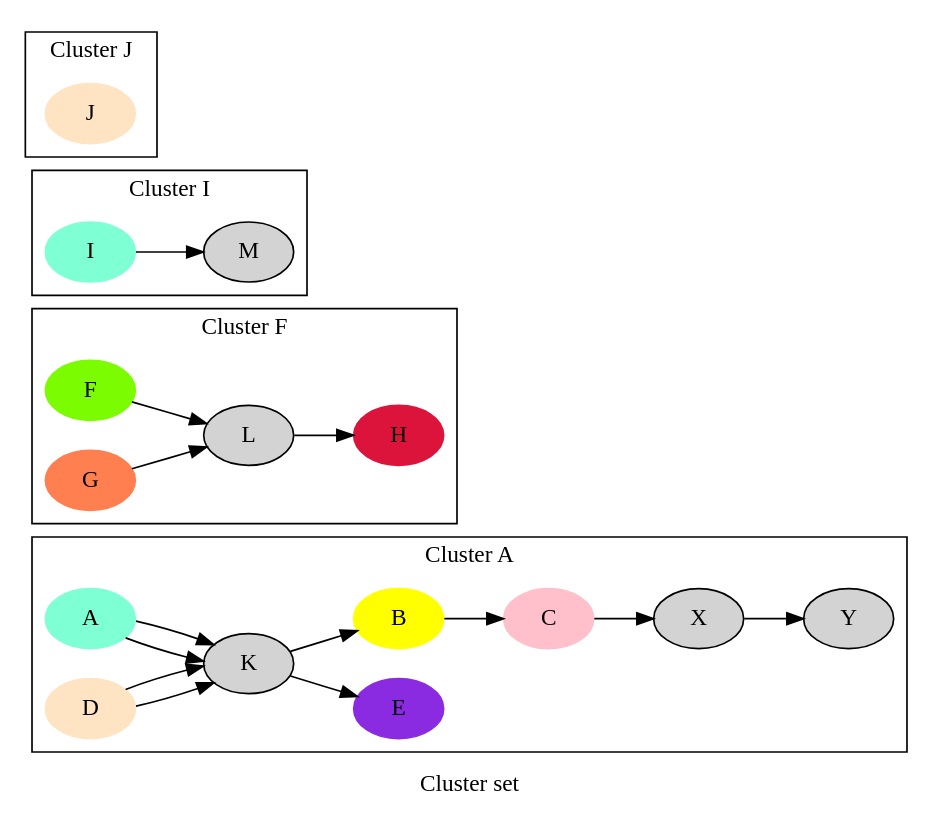
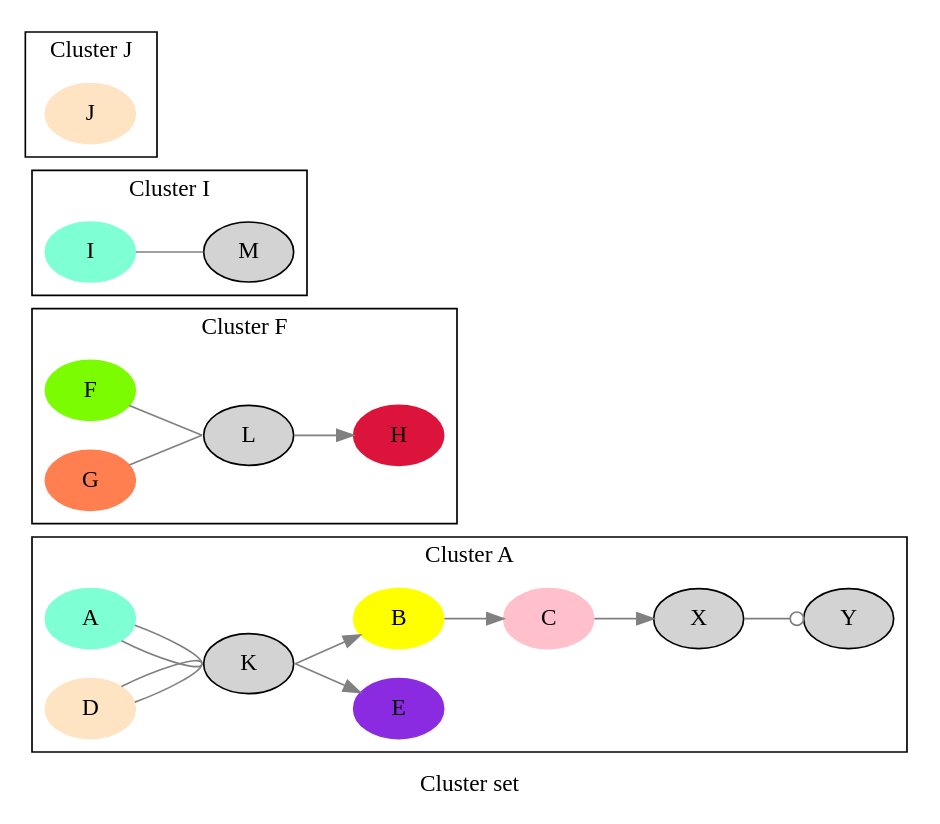
One commit to graphviz-perl/GraphViz2-Marpa-PathUtils changed the diagram in data/14.clusters.out.gv. Above: the diagram before and after it, drawn with Graphviz. The commit also changed 8 other files, not shown here.

```diff
--- a/data/14.clusters.out.gv
+++ b/data/14.clusters.out.gv
@@ -1,74 +1,74 @@
 digraph Perl
 {
 graph [ label="Cluster set" rankdir="LR" ]
 
 subgraph "cluster A"
 {
 graph [ label="Cluster A" rankdir="LR" ]
 
 "A" [ color="aquamarine" shape="oval" style="filled" ]
 "K" [ shape="oval" style="filled" ]
-"A" -> "K" [ label="" ]
+"A" -> "K" [ arrowhead="none" color="grey" label="" samehead="1" ]
 "D" [ color="bisque" shape="oval" style="filled" ]
 "K" [ shape="oval" style="filled" ]
-"D" -> "K" [ label="" ]
+"D" -> "K" [ arrowhead="none" color="grey" label="" samehead="1" ]
 "K" [ shape="oval" style="filled" ]
 "E" [ color="blueviolet" shape="oval" style="filled" ]
-"K" -> "E" [ label="" ]
+"K" -> "E" [ color="grey" label="" sametail="1" ]
 }
 
 subgraph "cluster A"
 {
 graph [ label="Cluster A" rankdir="LR" ]
 
 "A" [ color="aquamarine" shape="oval" style="filled" ]
 "K" [ shape="oval" style="filled" ]
-"A" -> "K" [ label="" ]
+"A" -> "K" [ arrowhead="none" color="grey" label="" samehead="1" ]
 "B" [ color="yellow" shape="oval" style="filled" ]
 "C" [ color="pink" shape="oval" style="filled" ]
-"B" -> "C" [ label="" ]
+"B" -> "C" [ color="grey" label="" ]
 "C" [ color="pink" shape="oval" style="filled" ]
 "X" [ shape="oval" style="filled" ]
-"C" -> "X" [ label="" ]
+"C" -> "X" [ color="grey" label="" ]
 "D" [ color="bisque" shape="oval" style="filled" ]
 "K" [ shape="oval" style="filled" ]
-"D" -> "K" [ label="" ]
+"D" -> "K" [ arrowhead="none" color="grey" label="" samehead="1" ]
 "K" [ shape="oval" style="filled" ]
 "B" [ color="yellow" shape="oval" style="filled" ]
-"K" -> "B" [ label="" ]
+"K" -> "B" [ color="grey" label="" sametail="1" ]
 "X" [ shape="oval" style="filled" ]
 "Y" [ shape="oval" style="filled" ]
-"X" -> "Y" [ label="" ]
+"X" -> "Y" [ arrowhead="odot" color="grey" label="" ]
 }
 
 subgraph "cluster F"
 {
 graph [ label="Cluster F" rankdir="LR" ]
 
 "F" [ color="lawngreen" shape="oval" style="filled" ]
 "L" [ shape="oval" style="filled" ]
-"F" -> "L" [ label="" ]
+"F" -> "L" [ arrowhead="none" color="grey" label="" samehead="1" ]
 "G" [ color="coral" shape="oval" style="filled" ]
 "L" [ shape="oval" style="filled" ]
-"G" -> "L" [ label="" ]
+"G" -> "L" [ arrowhead="none" color="grey" label="" samehead="1" ]
 "L" [ shape="oval" style="filled" ]
 "H" [ color="crimson" shape="oval" style="filled" ]
-"L" -> "H" [ label="" ]
+"L" -> "H" [ color="grey" label="" sametail="1" ]
 }
 
 subgraph "cluster I"
 {
 graph [ label="Cluster I" rankdir="LR" ]
 
 "I" [ color="aquamarine" shape="oval" style="filled" ]
 "M" [ shape="oval" style="filled" ]
-"I" -> "M" [ label="" ]
+"I" -> "M" [ arrowhead="none" color="grey" label="" samehead="1" ]
 }
 
 subgraph "cluster J"
 {
 graph [ label="Cluster J" rankdir="LR" ]
 
 "J" [ color="bisque" shape="oval" style="filled" ]
 }
 }
```
